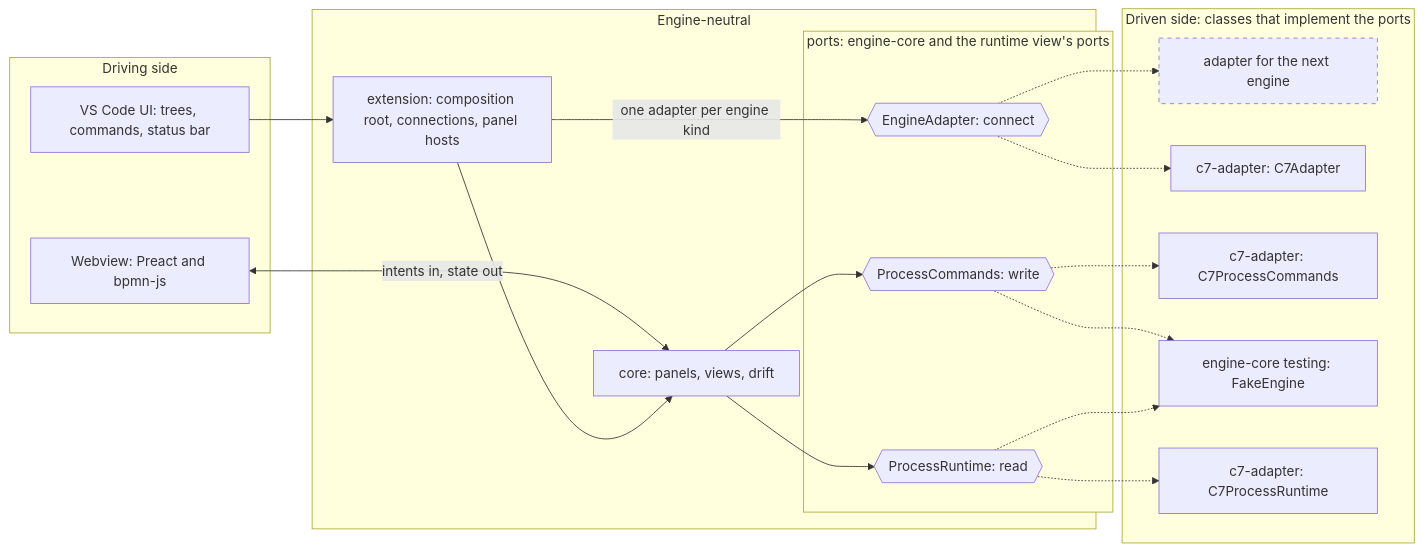
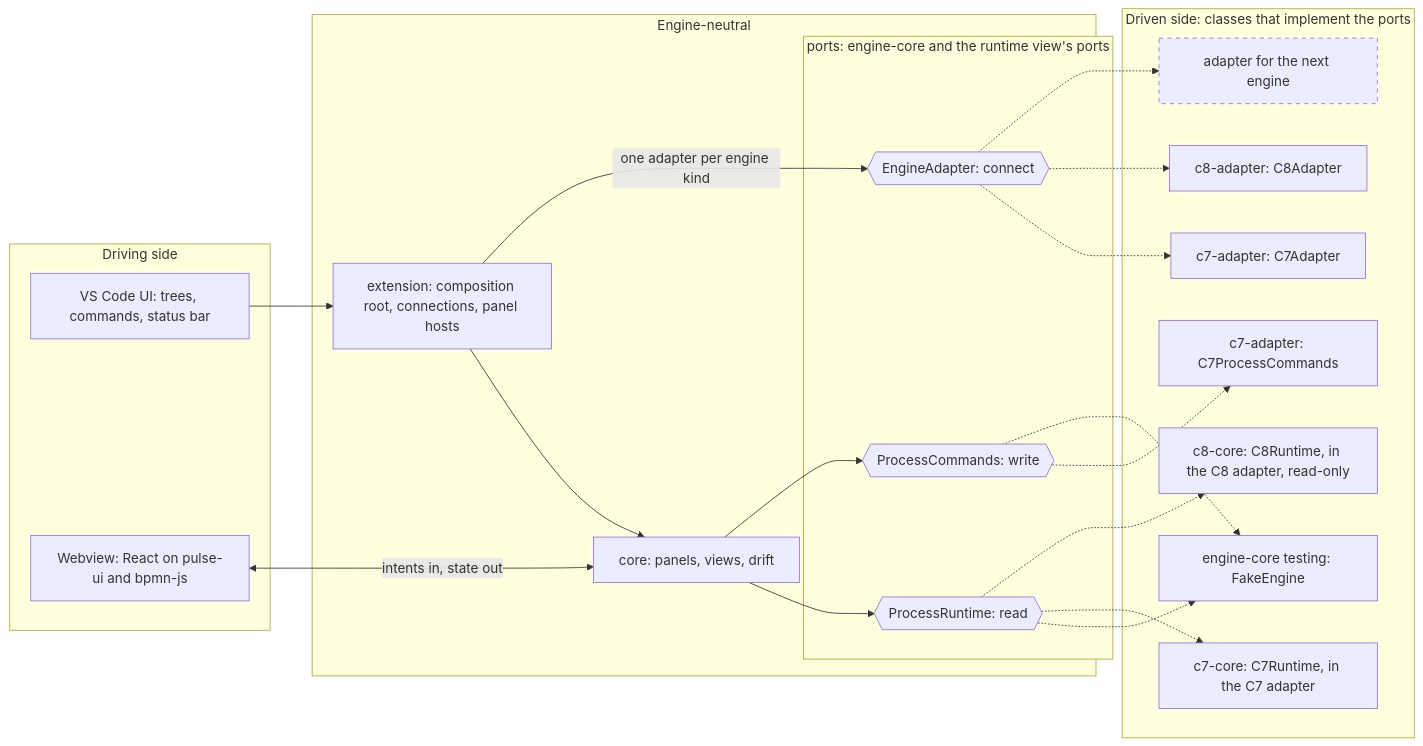
Before and after one commit to Miragon/pulse: the second of 7 diagrams in apps/vscode/docs/architecture-overview.md, drawn with Mermaid. The commit also changed other lines of this file and 1868 other files, not shown here.

````diff
--- a/apps/vscode/docs/architecture-overview.md
+++ b/apps/vscode/docs/architecture-overview.md
@@ -80,35 +84,37 @@
 ```mermaid
 flowchart LR
   subgraph driving [Driving side]
     ui[VS Code UI: trees, commands, status bar]
-    webview[Webview: Preact and bpmn-js]
+    webview[Webview: React on pulse-ui and bpmn-js]
   end
   subgraph neutral [Engine-neutral]
     extension[extension: composition root, connections, panel hosts]
     core[core: panels, views, drift]
     subgraph ports [ports: engine-core and the runtime view's ports]
       adapterPort{{EngineAdapter: connect}}
       runtime{{ProcessRuntime: read}}
       commands{{ProcessCommands: write}}
     end
   end
   subgraph driven [Driven side: classes that implement the ports]
     next["adapter for the next engine"]
     c7Adapter[c7-adapter: C7Adapter]
     c7Commands[c7-adapter: C7ProcessCommands]
     fake[engine-core testing: FakeEngine]
-    c7Runtime[c7-adapter: C7ProcessRuntime]
+    c7Runtime[c7-core: C7Runtime, in the C7 adapter]
+    c8Adapter[c8-adapter: C8Adapter]
+    c8Runtime[c8-core: C8Runtime, in the C8 adapter, read-only]
   end
 
   ui --> extension
   webview <-- intents in, state out --> core
   extension --> core
   extension -- one adapter per engine kind --> adapterPort
   core --> runtime
   core --> commands
-  adapterPort -.-> c7Adapter & next
+  adapterPort -.-> c7Adapter & c8Adapter & next
   commands -.-> c7Commands & fake
-  runtime -.-> fake & c7Runtime
+  runtime -.-> fake & c7Runtime & c8Runtime
   classDef planned stroke-dasharray: 5 5
   class next planned
 ```
````
